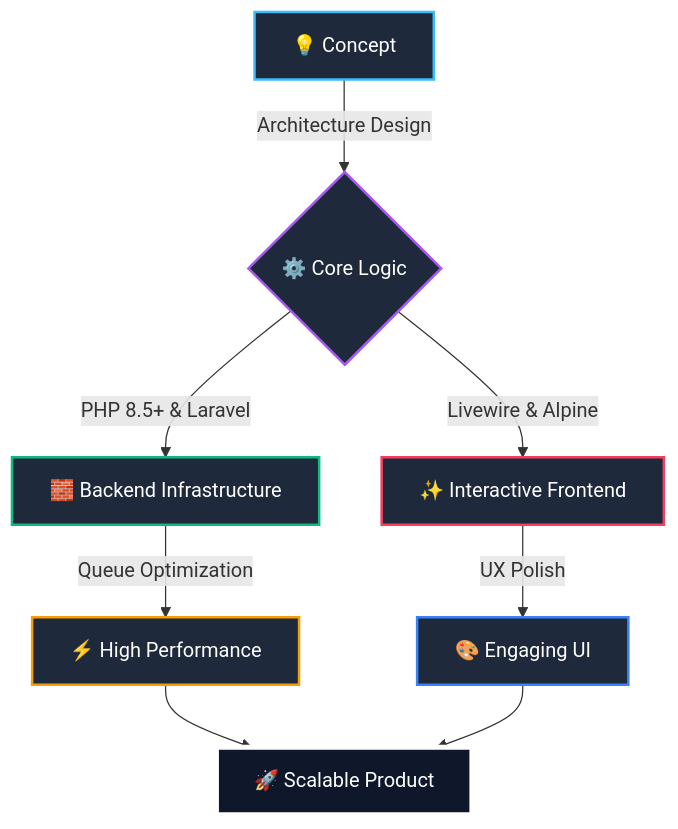
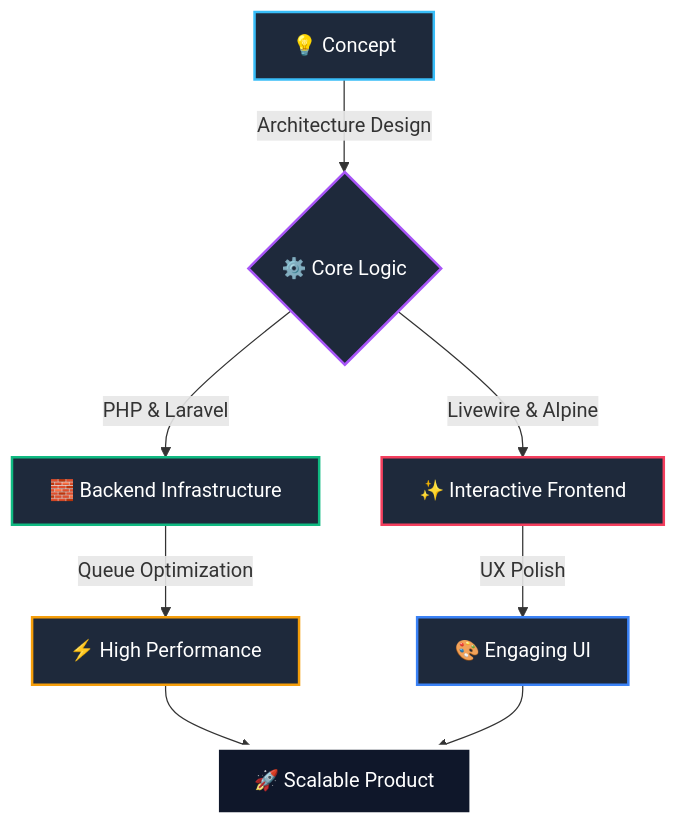
The diagram in README.md (AlizHarb/alizharb), drawn with Mermaid before and after one commit. The commit also changed other lines of this file, not shown here.

````diff
--- a/README.md
+++ b/README.md
@@ -46,18 +146,18 @@
 ```mermaid
 graph TD
     A[💡 Concept] -->|Architecture Design| B{⚙️ Core Logic}
-    B -->|PHP 8.5+ & Laravel| C[🧱 Backend Infrastructure]
+    B -->|PHP & Laravel| C[🧱 Backend Infrastructure]
     B -->|Livewire & Alpine| D[✨ Interactive Frontend]
     C -->|Queue Optimization| E[⚡ High Performance]
     D -->|UX Polish| F[🎨 Engaging UI]
     E --> G[🚀 Scalable Product]
     F --> G
     
     style A fill:#1e293b,stroke:#38bdf8,stroke-width:2px,color:#fff
     style B fill:#1e293b,stroke:#a855f7,stroke-width:2px,color:#fff
     style C fill:#1e293b,stroke:#10b981,stroke-width:2px,color:#fff
     style D fill:#1e293b,stroke:#f43f5e,stroke-width:2px,color:#fff
     style E fill:#1e293b,stroke:#f59e0b,stroke-width:2px,color:#fff
     style F fill:#1e293b,stroke:#3b82f6,stroke-width:2px,color:#fff
     style G fill:#0f172a,stroke:#fff,stroke-width:4px,color:#fff
 ```
````
